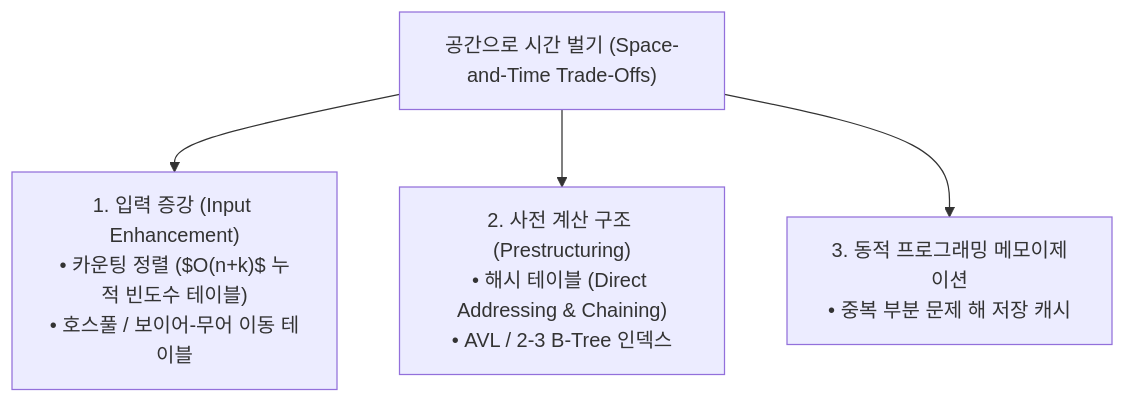
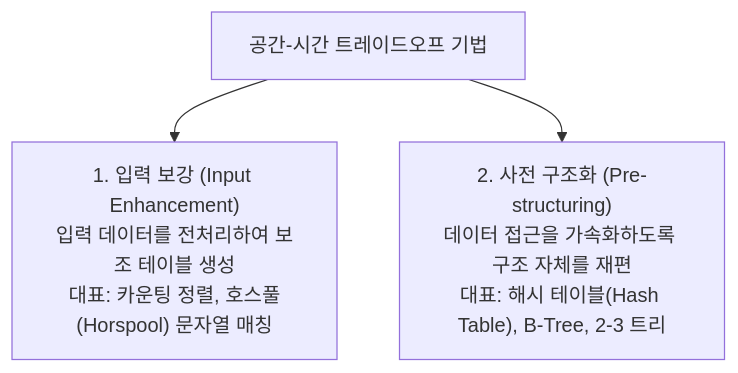
Before and after one commit to umyunsang/edu: the diagram in ComputerScience/06_algorithms-graphics/algorithm-design-analysis/notes/06. 공간으로 시간 벌기.md, drawn with Mermaid. The commit also changed other lines of this file and 72 other files, not shown here.

````diff
--- a/ComputerScience/06_algorithms-graphics/algorithm-design-analysis/notes/06. 공간으로 시간 벌기.md
+++ b/ComputerScience/06_algorithms-graphics/algorithm-design-analysis/notes/06. 공간으로 시간 벌기.md
@@ -34,7 +33,6 @@
 ```mermaid
 flowchart TD
-    STT["공간으로 시간 벌기 (Space-and-Time Trade-Offs)"]
-    STT --> C1["1. 입력 증강 (Input Enhancement)<br/>• 카운팅 정렬 ($O(n+k)$ 누적 빈도수 테이블)<br/>• 호스풀 / 보이어-무어 이동 테이블"]
-    STT --> C2["2. 사전 계산 구조 (Prestructuring)<br/>• 해시 테이블 (Direct Addressing & Chaining)<br/>• AVL / 2-3 B-Tree 인덱스"]
-    STT --> C3["3. 동적 프로그래밍 메모이제이션<br/>• 중복 부분 문제 해 저장 캐시"]
+    ST["공간-시간 트레이드오프 기법"]
+    ST --> IE["1. 입력 보강 (Input Enhancement)<br/>입력 데이터를 전처리하여 보조 테이블 생성<br/>대표: 카운팅 정렬, 호스풀(Horspool) 문자열 매칭"]
+    ST --> PS["2. 사전 구조화 (Pre-structuring)<br/>데이터 접근을 가속화하도록 구조 자체를 재편<br/>대표: 해시 테이블(Hash Table), B-Tree, 2-3 트리"]
 ```
````
